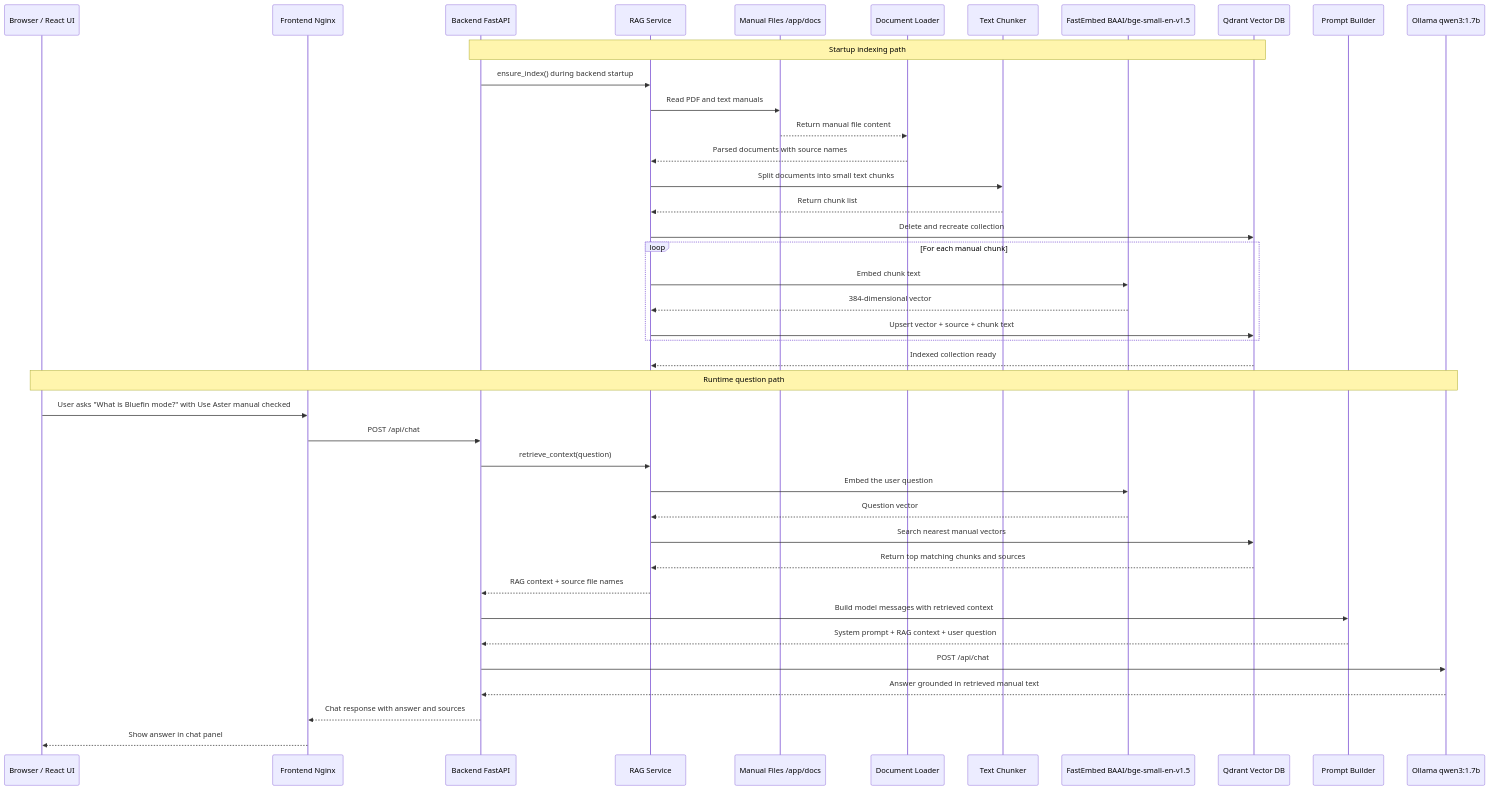
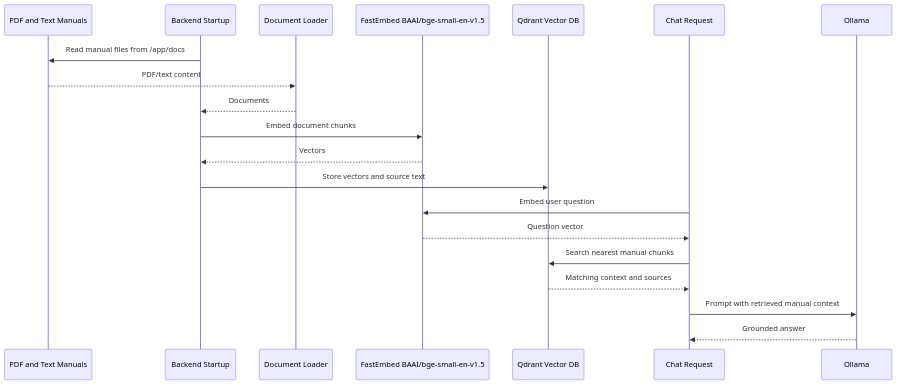
One commit to MostafaShehata/aster-pump changed the second of 3 diagrams in README.md. Above: the diagram before and after it, drawn with Mermaid. The commit also changed other lines of this file and 10 other files, not shown here.

````diff
--- a/README.md
+++ b/README.md
@@ -248,45 +131,23 @@
 ```mermaid
 sequenceDiagram
-    participant Browser as Browser / React UI
-    participant Nginx as Frontend Nginx
-    participant API as Backend FastAPI
-    participant RagService as RAG Service
-    participant Files as Manual Files /app/docs
+    participant Files as PDF and Text Manuals
+    participant Backend as Backend Startup
     participant Loader as Document Loader
-    participant Chunker as Text Chunker
     participant Embedder as FastEmbed BAAI/bge-small-en-v1.5
     participant Qdrant as Qdrant Vector DB
-    participant Prompt as Prompt Builder
-    participant Model as Ollama qwen3:1.7b
+    participant Chat as Chat Request
+    participant Model as Ollama
 
-    Note over API,Qdrant: Startup indexing path
-    API->>RagService: ensure_index() during backend startup
-    RagService->>Files: Read PDF and text manuals
-    Files-->>Loader: Return manual file content
-    Loader-->>RagService: Parsed documents with source names
-    RagService->>Chunker: Split documents into small text chunks
-    Chunker-->>RagService: Return chunk list
-    RagService->>Qdrant: Delete and recreate collection
-    loop For each manual chunk
-        RagService->>Embedder: Embed chunk text
-        Embedder-->>RagService: 384-dimensional vector
-        RagService->>Qdrant: Upsert vector + source + chunk text
-    end
-    Qdrant-->>RagService: Indexed collection ready
-
-    Note over Browser,Model: Runtime question path
-    Browser->>Nginx: User asks "What is Bluefin mode?" with Use Aster manual checked
-    Nginx->>API: POST /api/chat
-    API->>RagService: retrieve_context(question)
-    RagService->>Embedder: Embed the user question
-    Embedder-->>RagService: Question vector
-    RagService->>Qdrant: Search nearest manual vectors
-    Qdrant-->>RagService: Return top matching chunks and sources
-    RagService-->>API: RAG context + source file names
-    API->>Prompt: Build model messages with retrieved context
-    Prompt-->>API: System prompt + RAG context + user question
-    API->>Model: POST /api/chat
-    Model-->>API: Answer grounded in retrieved manual text
-    API-->>Nginx: Chat response with answer and sources
-    Nginx-->>Browser: Show answer in chat panel
+    Backend->>Files: Read manual files from /app/docs
+    Files-->>Loader: PDF/text content
+    Loader-->>Backend: Documents
+    Backend->>Embedder: Embed document chunks
+    Embedder-->>Backend: Vectors
+    Backend->>Qdrant: Store vectors and source text
+    Chat->>Embedder: Embed user question
+    Embedder-->>Chat: Question vector
+    Chat->>Qdrant: Search nearest manual chunks
+    Qdrant-->>Chat: Matching context and sources
+    Chat->>Model: Prompt with retrieved manual context
+    Model-->>Chat: Grounded answer
 ```
````
